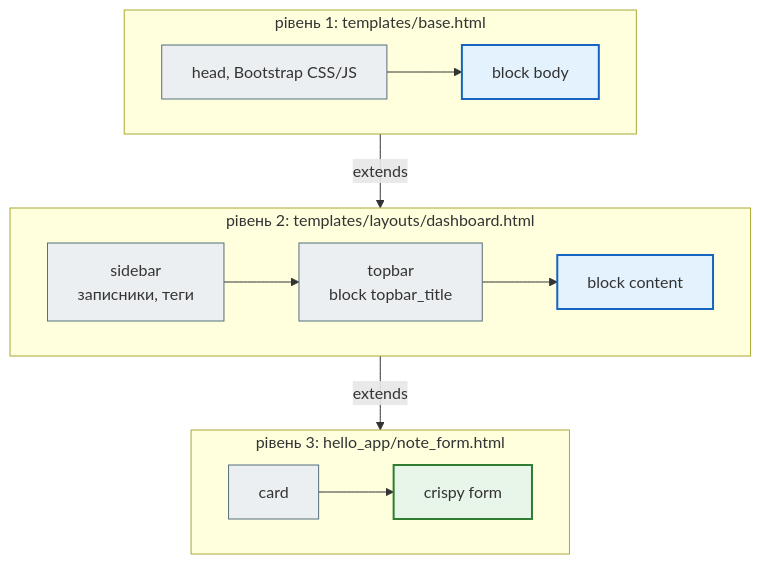
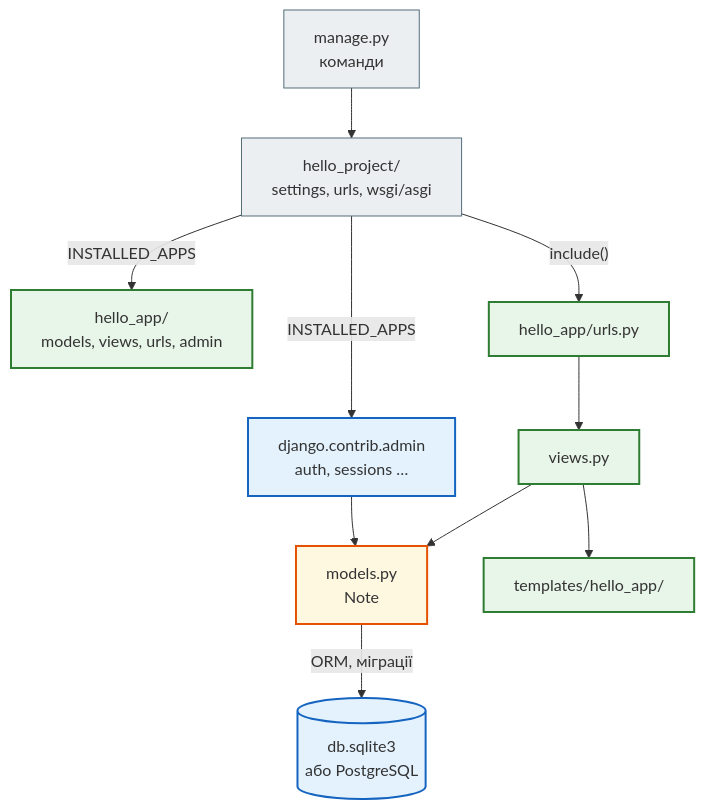
Before and after one commit to AlinaRadchenko/PY-Course-Victor-Nikoriak-22-09-2026: the third of 4 diagrams in docs/modules/m4/lesson_34.md, drawn with Mermaid. The commit also changed other lines of this file and 1846 other files, not shown here.

````diff
--- a/docs/modules/m4/lesson_34.md
+++ b/docs/modules/m4/lesson_34.md
@@ -376,26 +633,24 @@
 ```mermaid
 flowchart TD
     classDef step     fill:#eceff1,stroke:#546e7a,stroke-width:1px;
     classDef decision fill:#e3f2fd,stroke:#1565c0,stroke-width:2px;
     classDef success  fill:#e8f5e9,stroke:#2e7d32,stroke-width:2px;
     classDef error    fill:#ffebee,stroke:#c62828,stroke-width:3px;
     classDef warning  fill:#fff8e1,stroke:#e65100,stroke-width:2px;
 
-    subgraph L1 ["рівень 1: templates/base.html"]
-        direction LR
-        H["head, Bootstrap CSS/JS"] --> BB["block body"]
-    end
-    subgraph L2 ["рівень 2: templates/layouts/dashboard.html"]
-        direction LR
-        SB["sidebar<br>записники, теги"] --> TB["topbar<br>block topbar_title"] --> BC["block content"]
-    end
-    subgraph L3 ["рівень 3: hello_app/note_form.html"]
-        direction LR
-        C["card"] --> CR["crispy form"]
-    end
-    L1 -- "extends" --> L2 -- "extends" --> L3
+    M["manage.py<br>команди"] --> P["hello_project/<br>settings, urls, wsgi/asgi"]
+    P -- "INSTALLED_APPS" --> A["hello_app/<br>models, views, urls, admin"]
+    P -- "INSTALLED_APPS" --> ADM["django.contrib.admin<br>auth, sessions …"]
+    P -- "include()" --> AU["hello_app/urls.py"]
+    AU --> V["views.py"]
+    V --> MD["models.py<br>Note"]
+    V --> T["templates/hello_app/"]
+    MD -- "ORM, міграції" --> DB[("db.sqlite3<br>або PostgreSQL")]
+    ADM --> MD
 
-    class H,SB,TB,C step
-    class BB,BC decision
-    class CR success
+    class M,P step
+    class A,AU,V,T success
+    class ADM decision
+    class MD warning
+    class DB decision
 ```
````
